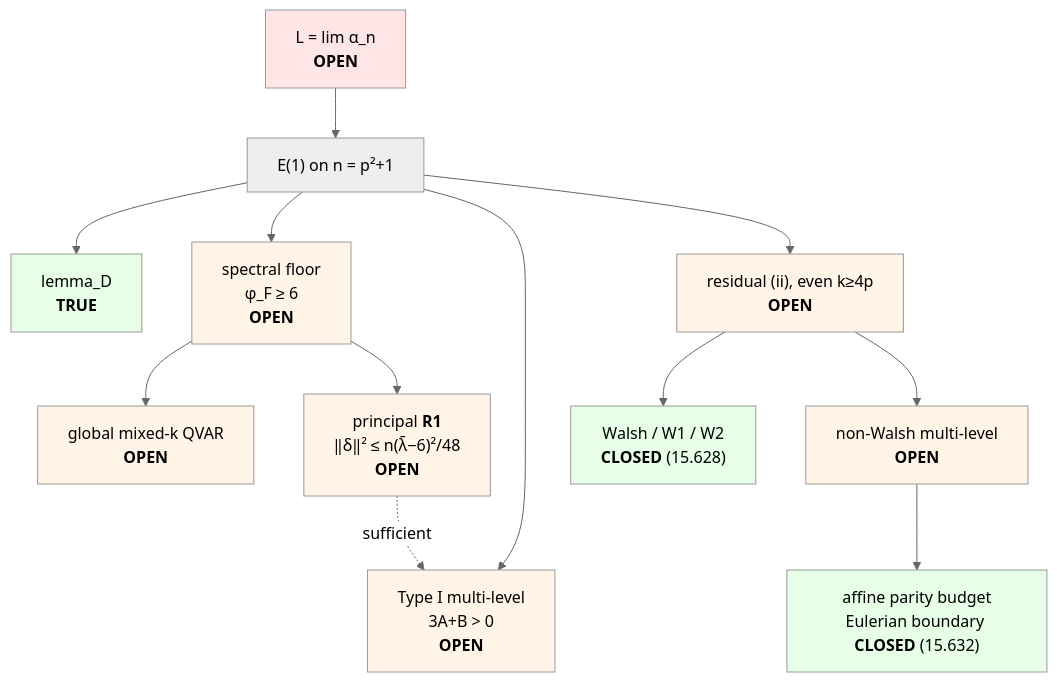
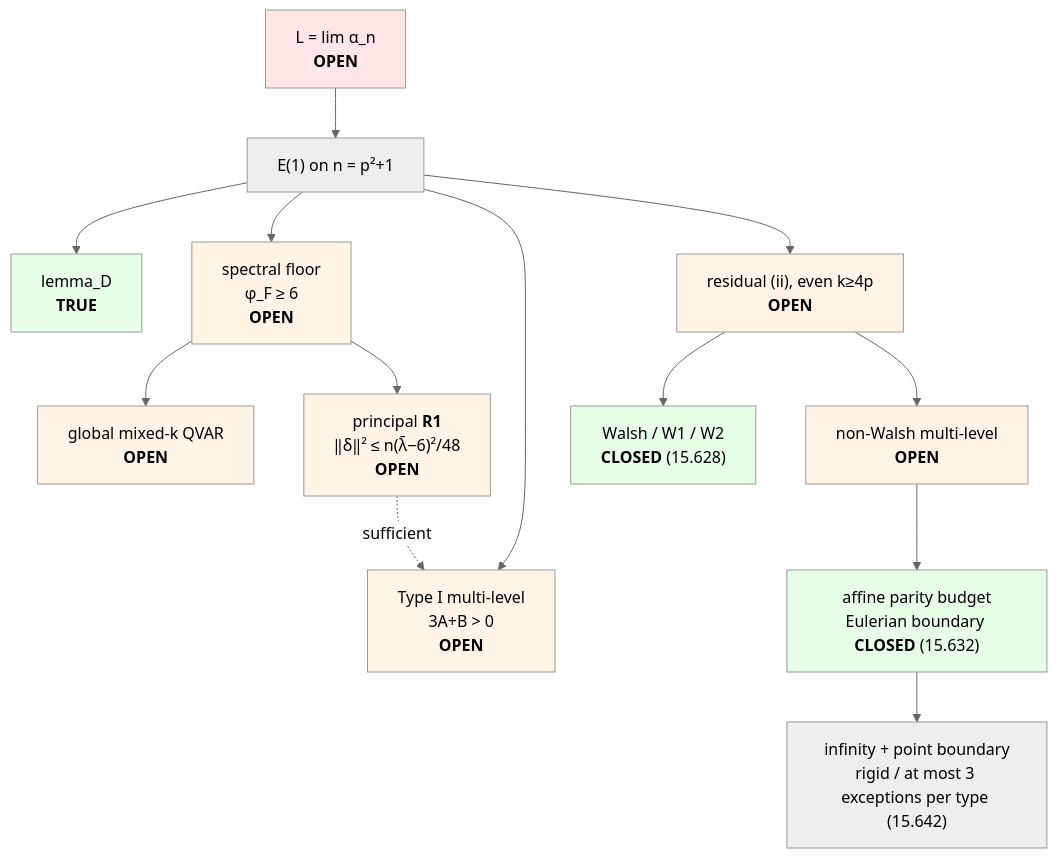
The diagram in README.md (luckyseoul/quadratic-minmax-limit), drawn with Mermaid (neutral theme) before and after one commit. The commit also changed other lines of this file and 6 other files, not shown here.

````diff
--- a/README.md
+++ b/README.md
@@ -77,24 +82,25 @@
 ```mermaid
 graph TD
     L["L = lim α_n<br/><b>OPEN</b>"] --> E1["E(1) on n = p²+1"]
     E1 --> D["lemma_D<br/><b>TRUE</b>"]
     E1 --> FLOOR["spectral floor<br/>φ_F ≥ 6<br/><b>OPEN</b>"]
     FLOOR --> QVAR["global mixed-k QVAR<br/><b>OPEN</b>"]
     FLOOR --> R1["principal <b>R1</b><br/>‖δ‖² ≤ n(λ̄−6)²/48<br/><b>OPEN</b>"]
     E1 --> TYPEI["Type I multi-level<br/>3A+B > 0<br/><b>OPEN</b>"]
     R1 -. sufficient .-> TYPEI
     E1 --> RES["residual (ii), even k≥4p<br/><b>OPEN</b>"]
     RES --> WALSH["Walsh / W1 / W2<br/><b>CLOSED</b> (15.628)"]
     RES --> MULTI["non-Walsh multi-level<br/><b>OPEN</b>"]
     MULTI --> BUDGET["affine parity budget<br/>Eulerian boundary <b>CLOSED</b> (15.632)"]
+    BUDGET --> RIGID["infinity + point boundary<br/>rigid / at most 3 exceptions per type (15.642)"]
     style L fill:#ffe6e6
     style D fill:#e6ffe6
     style FLOOR fill:#fff4e6
     style QVAR fill:#fff4e6
     style R1 fill:#fff4e6
     style TYPEI fill:#fff4e6
     style RES fill:#fff4e6
     style WALSH fill:#e6ffe6
     style MULTI fill:#fff4e6
     style BUDGET fill:#e6ffe6
 ```
````
